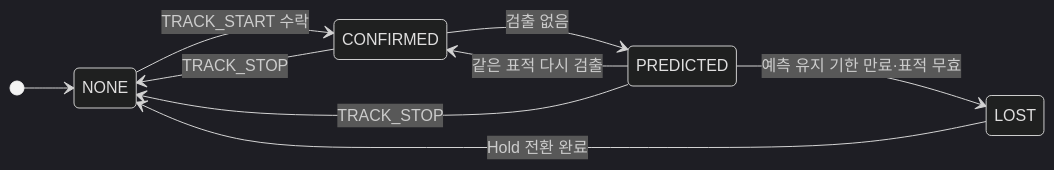
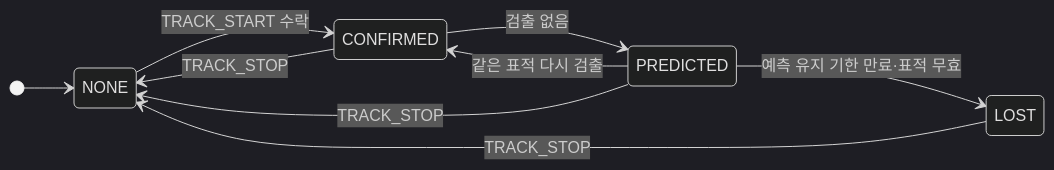
Before and after one commit to lig-argus/argus-edge-vision: the second of 2 diagrams in docs/design/uml/state_machine.md, drawn with Mermaid (dark theme). The commit also changed other lines of this file, not shown here.

First line of the commit message:
docs: UML 표적 상태 LOST → NONE 을 TRACK_STOP 적용 때로 수정

````diff
--- a/docs/design/uml/state_machine.md
+++ b/docs/design/uml/state_machine.md
@@ -64,12 +64,12 @@
 ```mermaid
 stateDiagram-v2
     direction LR
     [*] --> NONE
     NONE --> CONFIRMED : TRACK_START 수락
     CONFIRMED --> PREDICTED : 검출 없음
     PREDICTED --> CONFIRMED : 같은 표적 다시 검출
     PREDICTED --> LOST : 예측 유지 기한 만료·표적 무효
     CONFIRMED --> NONE : TRACK_STOP
     PREDICTED --> NONE : TRACK_STOP
-    LOST --> NONE : Hold 전환 완료
+    LOST --> NONE : TRACK_STOP
 ```
````
